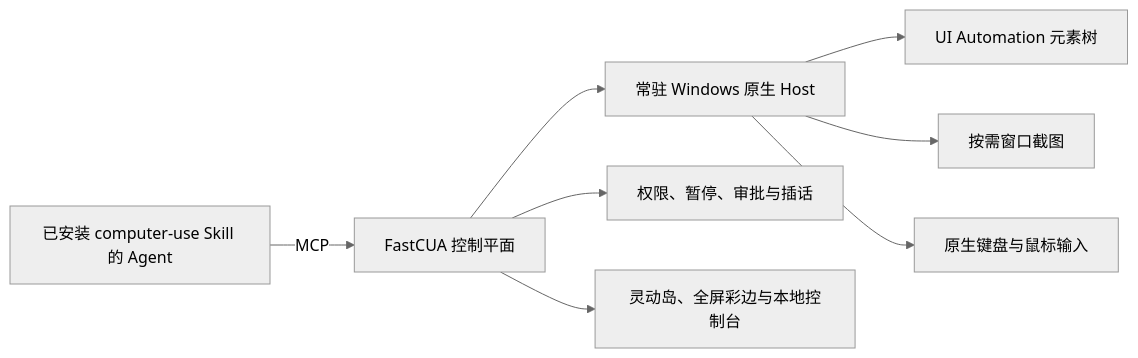
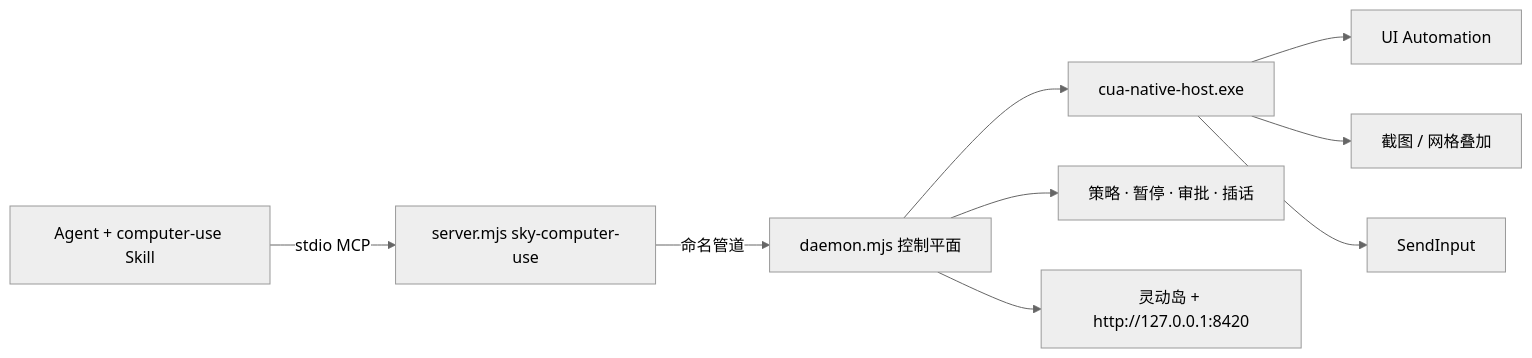
Before and after one commit to Guojiz/FastCUA: the diagram in README_zh.md, drawn with Mermaid (neutral theme). The commit also changed other lines of this file and 22 other files, not shown here.

````diff
--- a/README_zh.md
+++ b/README_zh.md
@@ -119,10 +73,11 @@
 ```mermaid
 flowchart LR
-  A["已安装 computer-use Skill 的 Agent"] -->|"MCP"| B["FastCUA 控制平面"]
-  B --> C["常驻 Windows 原生 Host"]
-  C --> D["UI Automation 元素树"]
-  C --> E["按需窗口截图"]
-  C --> F["原生键盘与鼠标输入"]
-  B --> G["权限、暂停、审批与插话"]
-  B --> H["灵动岛、全屏彩边与本地控制台"]
+  A["Agent + computer-use Skill"] -->|"stdio MCP"| B["server.mjs sky-computer-use"]
+  B -->|"命名管道"| C["daemon.mjs 控制平面"]
+  C --> D["cua-native-host.exe"]
+  D --> E["UI Automation"]
+  D --> F["截图 / 网格叠加"]
+  D --> G["SendInput"]
+  C --> H["策略 · 暂停 · 审批 · 插话"]
+  C --> I["灵动岛 + http://127.0.0.1:8420"]
 ```
````
